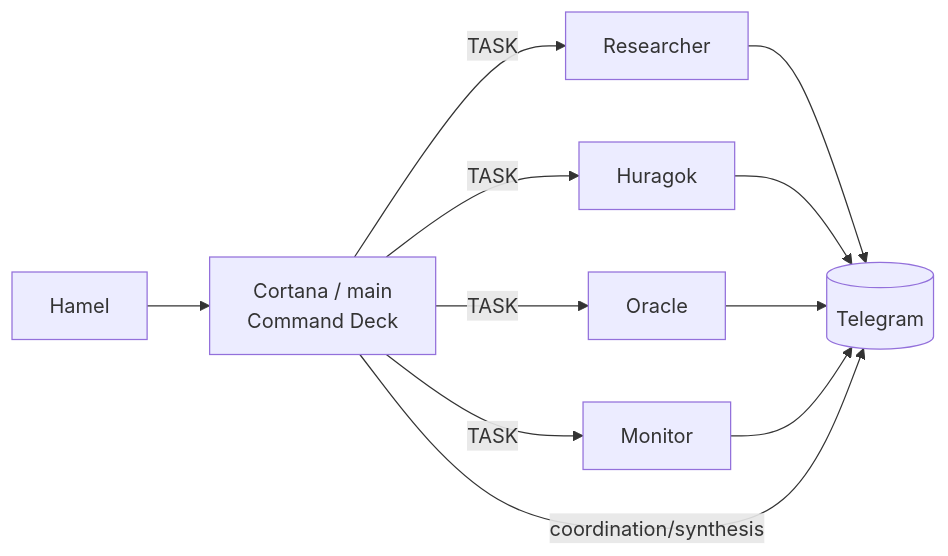
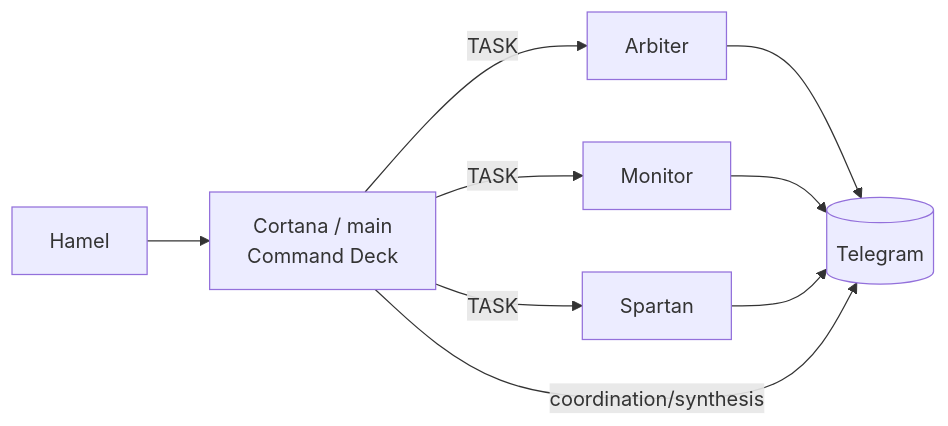
One commit to hd719/cortana changed the first of 10 diagrams in README.md. Above: the diagram before and after it, drawn with Mermaid. The commit also changed other lines of this file and 100 other files, not shown here.

````diff
--- a/README.md
+++ b/README.md
@@ -123,13 +123,11 @@
 ```mermaid
 flowchart LR
   H[Hamel] --> C[Cortana / main\nCommand Deck]
-  C -->|TASK| R[Researcher]
-  C -->|TASK| U[Huragok]
-  C -->|TASK| O[Oracle]
+  C -->|TASK| A[Arbiter]
   C -->|TASK| M[Monitor]
-  R --> T[(Telegram <PRIMARY_TELEGRAM_TARGET>)]
-  U --> T
-  O --> T
+  C -->|TASK| S[Spartan]
+  A --> T[(Telegram <PRIMARY_TELEGRAM_TARGET>)]
   M --> T
+  S --> T
   C -->|coordination/synthesis| T
 ```
````
